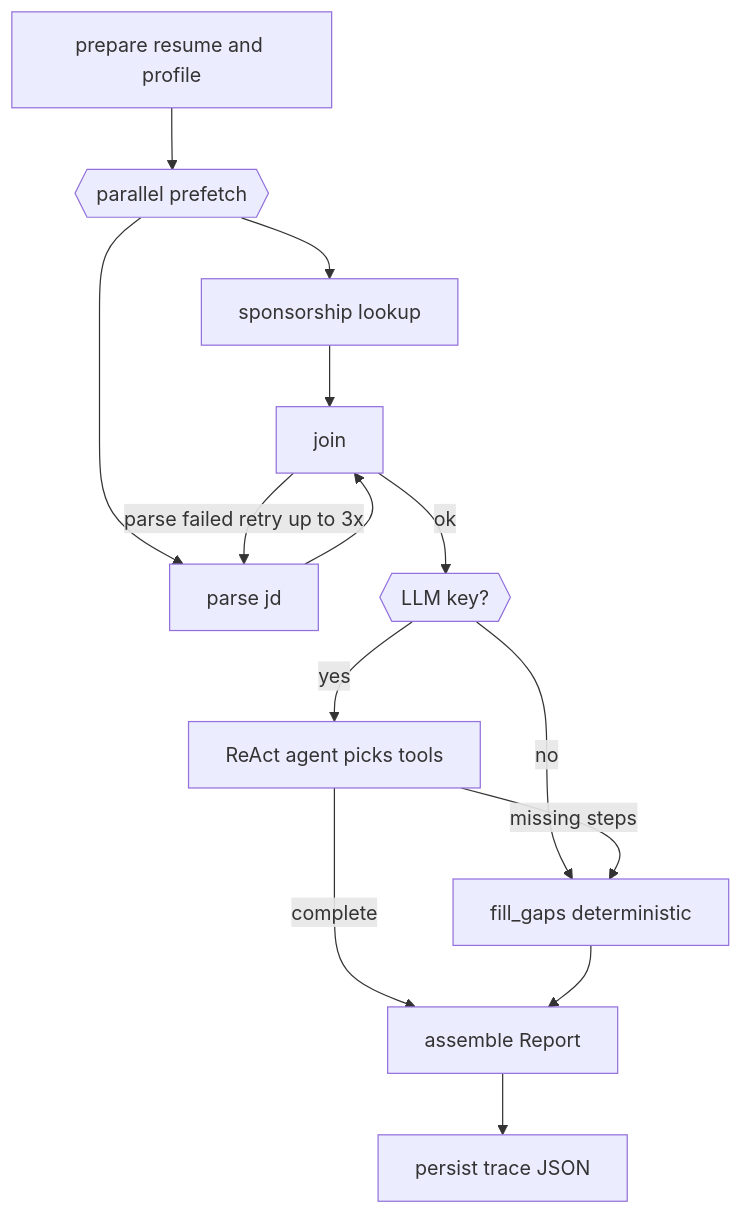
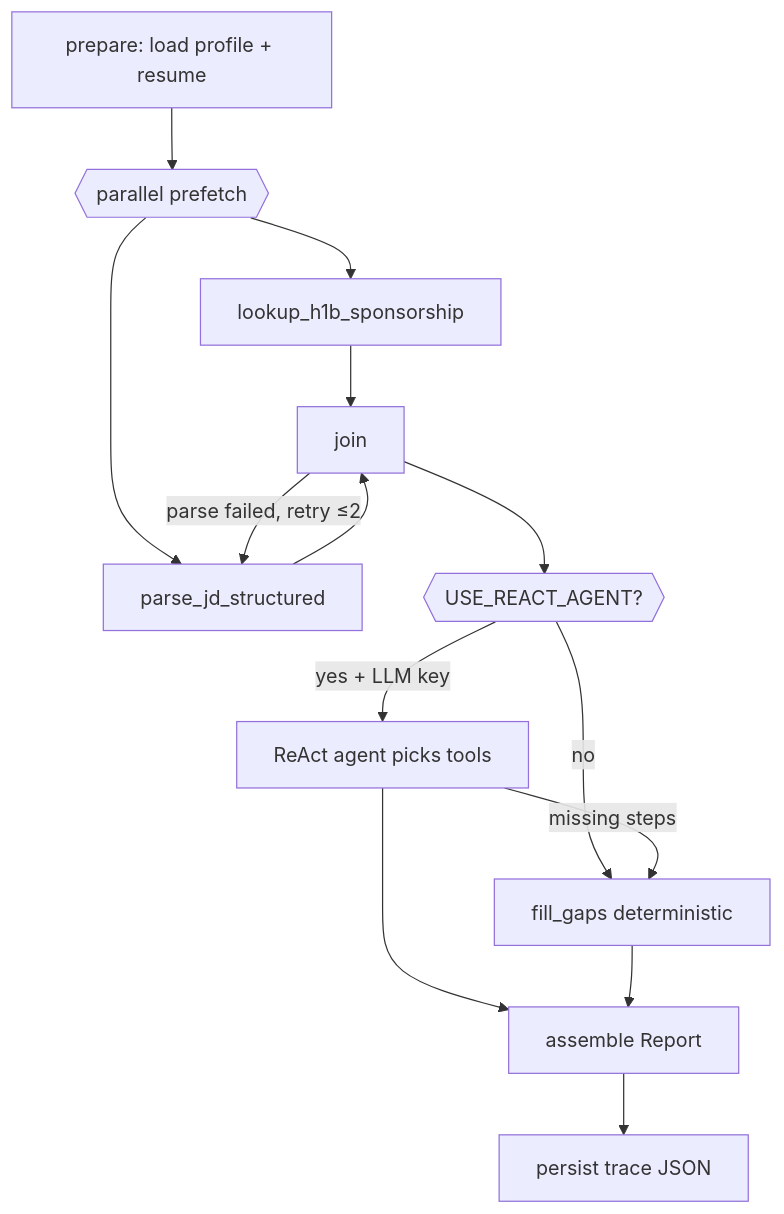
The diagram in README.md (nicole732470/joblens), drawn with Mermaid before and after one commit. The commit also changed other lines of this file and 1 other file, not shown here.

````diff
--- a/README.md
+++ b/README.md
@@ -173,17 +297,17 @@
 ```mermaid
 flowchart TD
-  PREP["prepare resume and profile"]
-  PREP --> FAN{{"parallel prefetch"}}
-  FAN --> H1B[sponsorship lookup]
-  FAN --> JD[parse jd]
+  PREP[prepare: load profile + resume]
+  PREP --> FAN{{parallel prefetch}}
+  FAN --> H1B[lookup_h1b_sponsorship]
+  FAN --> JD[parse_jd_structured]
   H1B --> JOIN[join]
   JD --> JOIN
-  JOIN -->|"parse failed retry up to 3x"| JD
-  JOIN -->|"ok"| ROUTE{{"LLM key?"}}
-  ROUTE -->|yes| REACT["ReAct agent picks tools"]
-  ROUTE -->|no| FILL["fill_gaps deterministic"]
+  JOIN -->|"parse failed, retry ≤2"| JD
+  JOIN --> ROUTE{{USE_REACT_AGENT?}}
+  ROUTE -->|yes + LLM key| REACT[ReAct agent picks tools]
+  ROUTE -->|no| FILL[fill_gaps deterministic]
   REACT -->|"missing steps"| FILL
-  REACT -->|complete| ASM[assemble Report]
+  REACT --> ASM[assemble Report]
   FILL --> ASM
   ASM --> TRACE[persist trace JSON]
 ```
````
